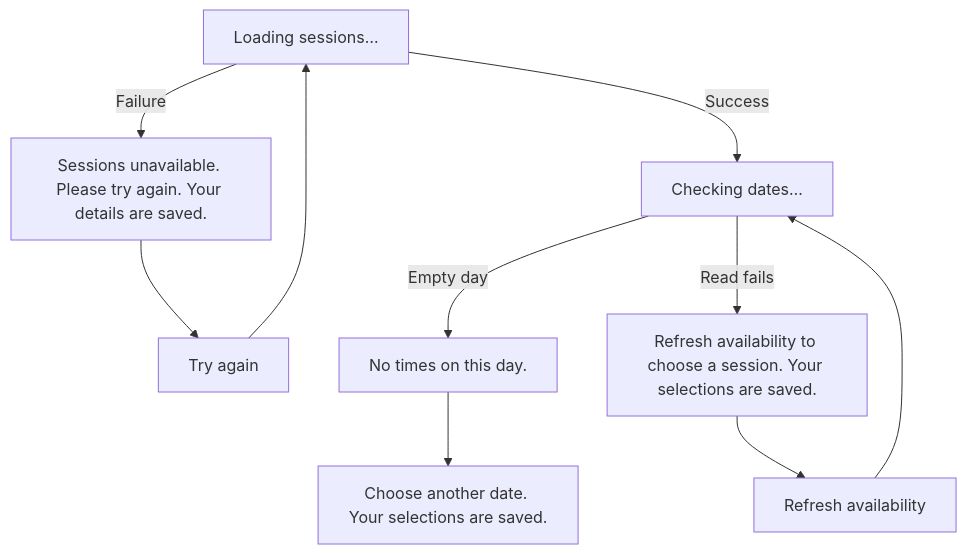
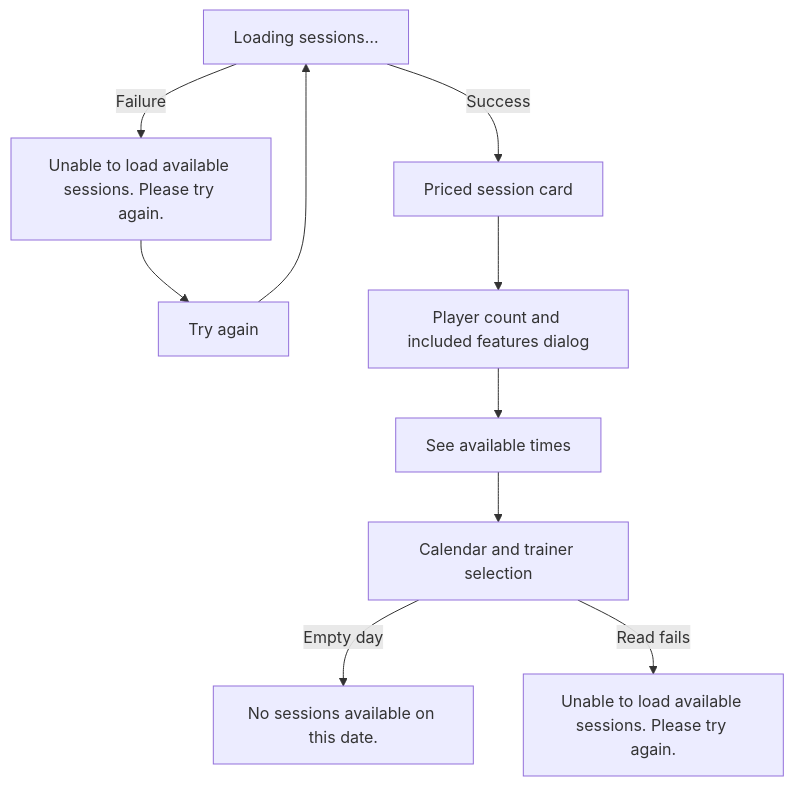
Before and after one commit to soccerbotstudiosg/soccerbotstudioSG: the fourth of 19 diagrams in docs/booking-flows.md, drawn with Mermaid. The commit also changed other lines of this file and 20 other files, not shown here.

````diff
--- a/docs/booking-flows.md
+++ b/docs/booking-flows.md
@@ -49,10 +49,11 @@
 ```mermaid
 flowchart TD
-  A["Loading sessions…"] -->|Failure| B["Sessions unavailable. Please try again. Your details are saved."]
+  A["Loading sessions…"] -->|Failure| B["Unable to load available sessions. Please try again."]
   B --> C["Try again"] --> A
-  A -->|Success| D["Checking dates…"]
-  D -->|Empty day| E["No times on this day."]
-  E --> F["Choose another date. Your selections are saved."]
-  D -->|Read fails| G["Refresh availability to choose a session. Your selections are saved."]
-  G --> H["Refresh availability"] --> D
+  A -->|Success| D["Priced session card"]
+  D --> E["Player count and included features dialog"]
+  E --> F["See available times"]
+  F --> G["Calendar and trainer selection"]
+  G -->|Empty day| H["No sessions available on this date."]
+  G -->|Read fails| I["Unable to load available sessions. Please try again."]
 ```
````
